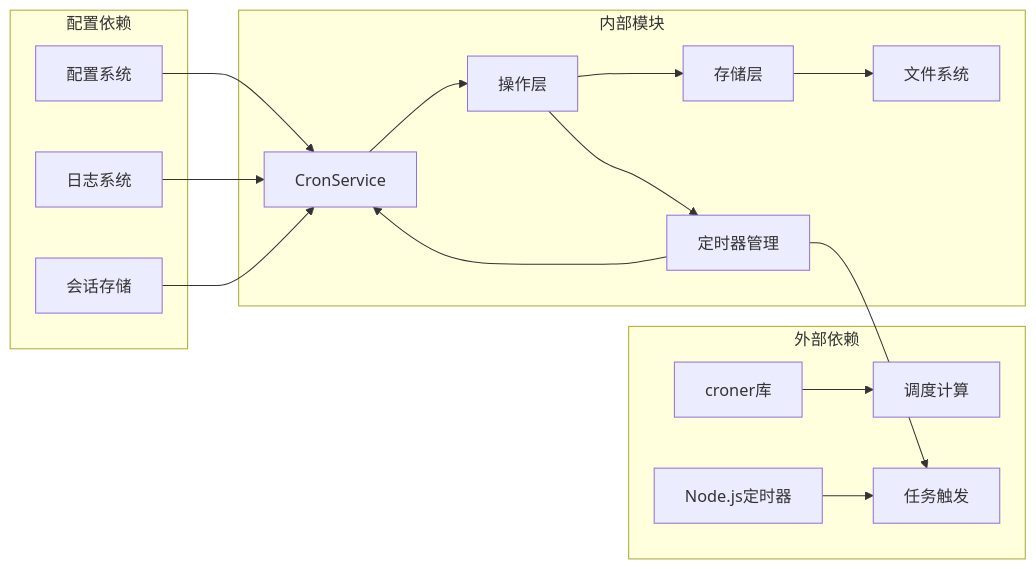
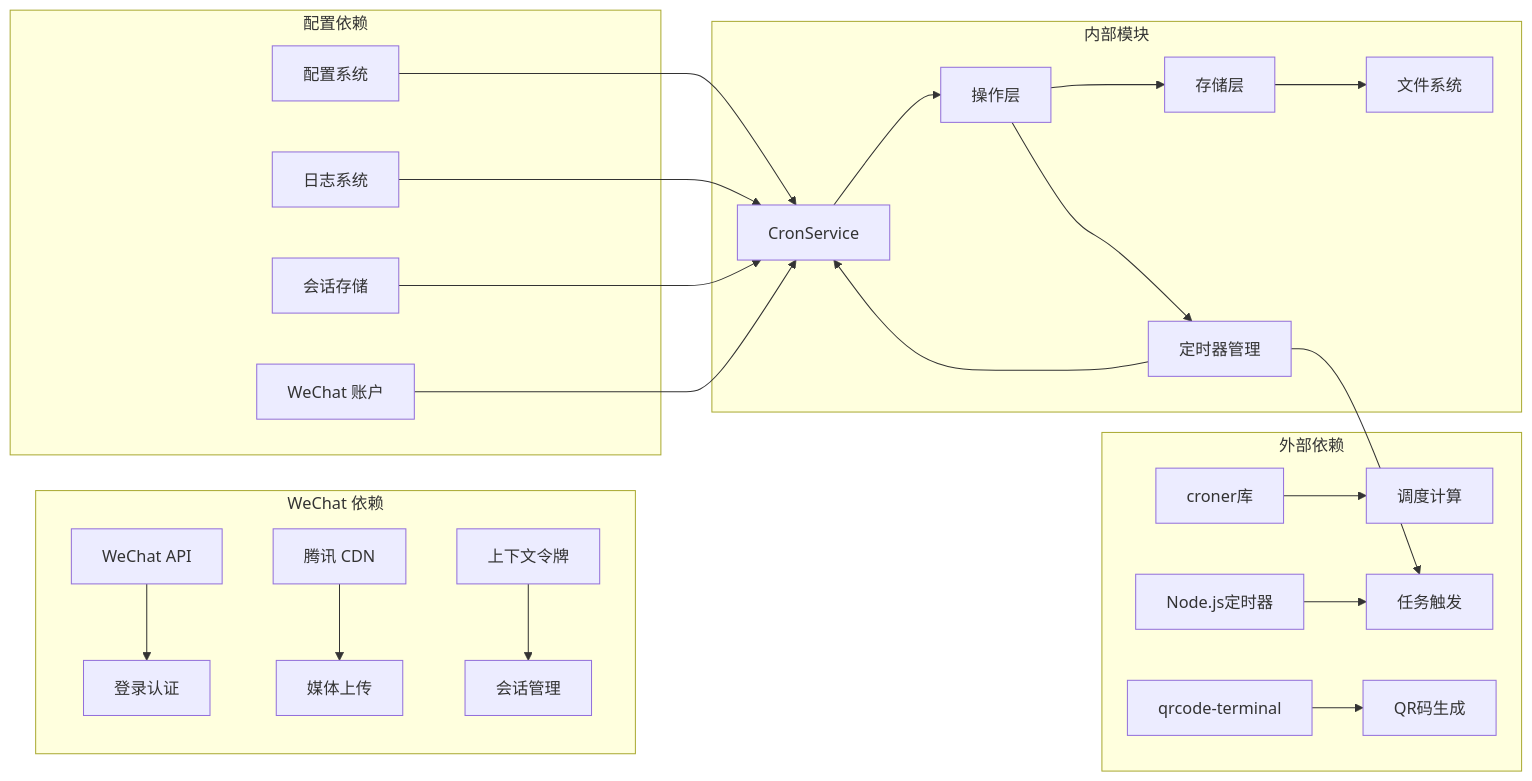
One commit to verse-ai-org/openclaw changed the seventh of 7 diagrams in .qoder/repowiki/zh/content/Web界面/定时任务管理系统/定时任务文档.md. Above: the diagram before and after it, drawn with Mermaid. The commit also changed other lines of this file and 12 other files, not shown here.

````diff
--- a/.qoder/repowiki/zh/content/Web界面/定时任务管理系统/定时任务文档.md
+++ b/.qoder/repowiki/zh/content/Web界面/定时任务管理系统/定时任务文档.md
@@ -240,20 +393,27 @@
 ```mermaid
 graph LR
 subgraph "外部依赖"
 A[croner库] --> B[调度计算]
 C[Node.js定时器] --> D[任务触发]
+E[qrcode-terminal] --> F[QR码生成]
 end
 subgraph "内部模块"
-E[CronService] --> F[操作层]
-F --> G[存储层]
-F --> H[定时器管理]
-G --> I[文件系统]
-H --> D
-H --> E
+G[CronService] --> H[操作层]
+H --> I[存储层]
+H --> J[定时器管理]
+I --> K[文件系统]
+J --> D
+J --> G
+end
+subgraph "WeChat 依赖"
+L[WeChat API] --> M[登录认证]
+N[腾讯 CDN] --> O[媒体上传]
+P[上下文令牌] --> Q[会话管理]
 end
 subgraph "配置依赖"
-J[配置系统] --> E
-K[日志系统] --> E
-L[会话存储] --> E
+R[配置系统] --> G
+S[日志系统] --> G
+T[会话存储] --> G
+U[WeChat 账户] --> G
 end
 ```
````
